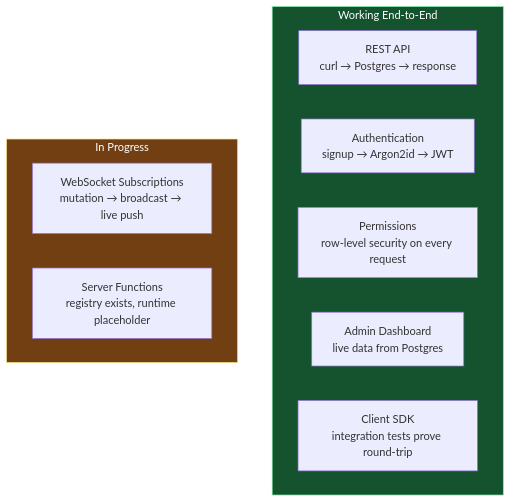
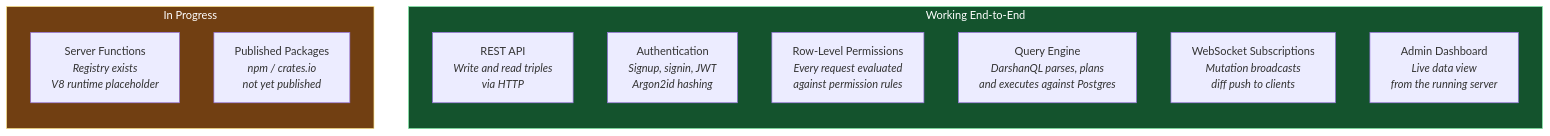
The third of 11 diagrams in README.md (darshjme/darshjdb), drawn with Mermaid before and after one commit. The commit also changed other lines of this file, not shown here.

First line of the commit message:
docs: definitive README — 11 Mermaid diagrams, real founder story, honest alpha

````diff
--- a/README.md
+++ b/README.md
@@ -93,18 +104,21 @@
 ```mermaid
 graph TB
-    subgraph Working["Working End-to-End"]
-        REST["REST API\ncurl → Postgres → response"]
-        AUTH["Authentication\nsignup → Argon2id → JWT"]
-        PERM["Permissions\nrow-level security on every request"]
-        DASH["Admin Dashboard\nlive data from Postgres"]
-        SDK["Client SDK\nintegration tests prove round-trip"]
+    subgraph working["Working End-to-End"]
+        direction TB
+        REST["REST API\n<i>Write and read triples\nvia HTTP</i>"]
+        AUTH["Authentication\n<i>Signup, signin, JWT\nArgon2id hashing</i>"]
+        PERM["Row-Level Permissions\n<i>Every request evaluated\nagainst permission rules</i>"]
+        QE["Query Engine\n<i>DarshanQL parses, plans\nand executes against Postgres</i>"]
+        WS["WebSocket Subscriptions\n<i>Mutation broadcasts\ndiff push to clients</i>"]
+        DASH["Admin Dashboard\n<i>Live data view\nfrom the running server</i>"]
     end
 
-    subgraph InProgress["In Progress"]
-        WS["WebSocket Subscriptions\nmutation → broadcast → live push"]
-        FN["Server Functions\nregistry exists, runtime placeholder"]
+    subgraph partial["In Progress"]
+        direction TB
+        FN["Server Functions\n<i>Registry exists\nV8 runtime placeholder</i>"]
+        PKG["Published Packages\n<i>npm / crates.io\nnot yet published</i>"]
     end
 
-    style Working fill:#14532d,stroke:#86efac,color:#fff
-    style InProgress fill:#713f12,stroke:#fde68a,color:#fff
+    style working fill:#14532d,stroke:#86efac,color:#fff
+    style partial fill:#713f12,stroke:#fde68a,color:#fff
 ```
````
